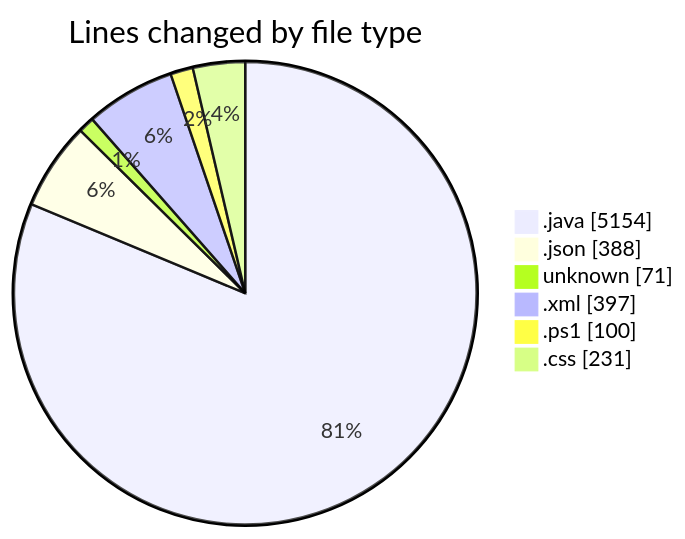
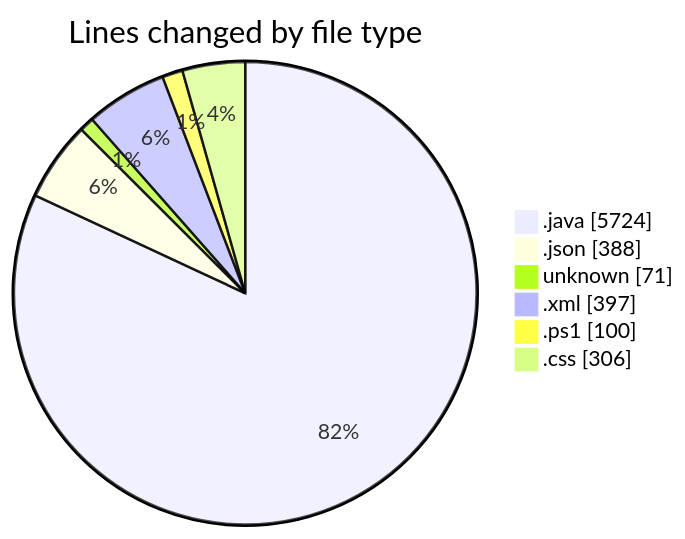
The first of 2 diagrams in 2025-02-25/micros/README.md (charlie-sans/code-tracking), drawn with Mermaid before and after one commit. The commit also changed other lines of this file and 1 other file, not shown here.

````diff
--- a/2025-02-25/micros/README.md
+++ b/2025-02-25/micros/README.md
@@ -49,10 +49,10 @@
 ```mermaid
 pie showData
 title Lines changed by file type
-".java" : 5154
+".java" : 5724
 ".json" : 388
 "unknown" : 71
 ".xml" : 397
 ".ps1" : 100
-".css" : 231
+".css" : 306
 ```
````
